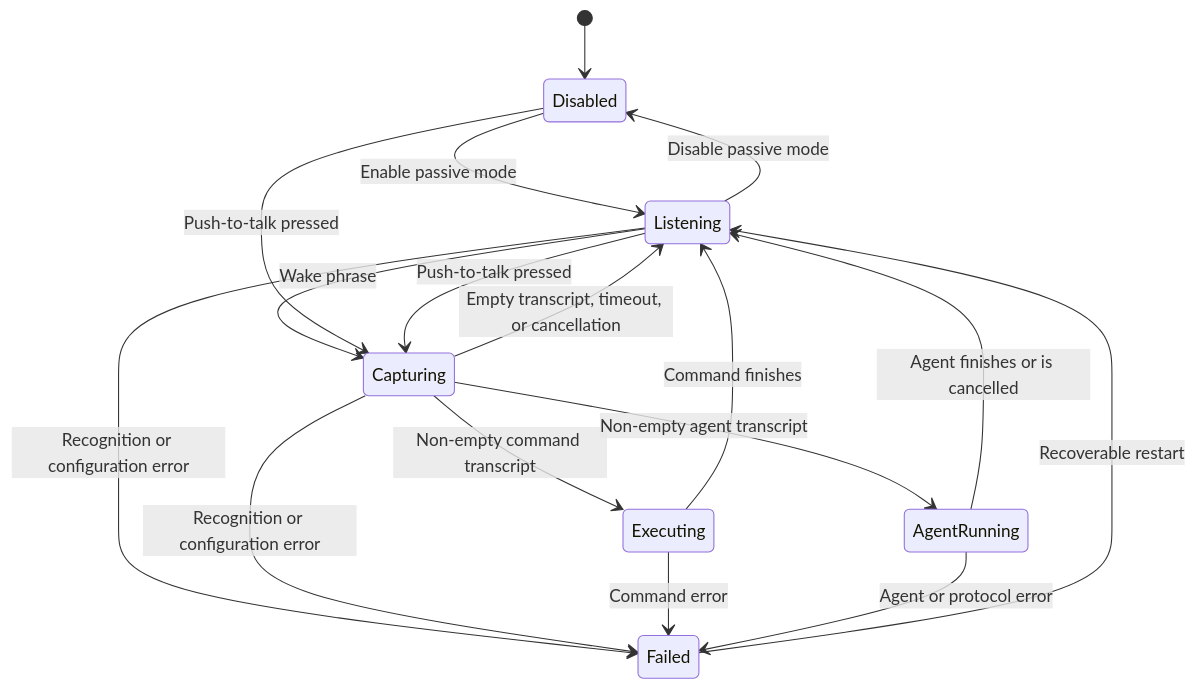
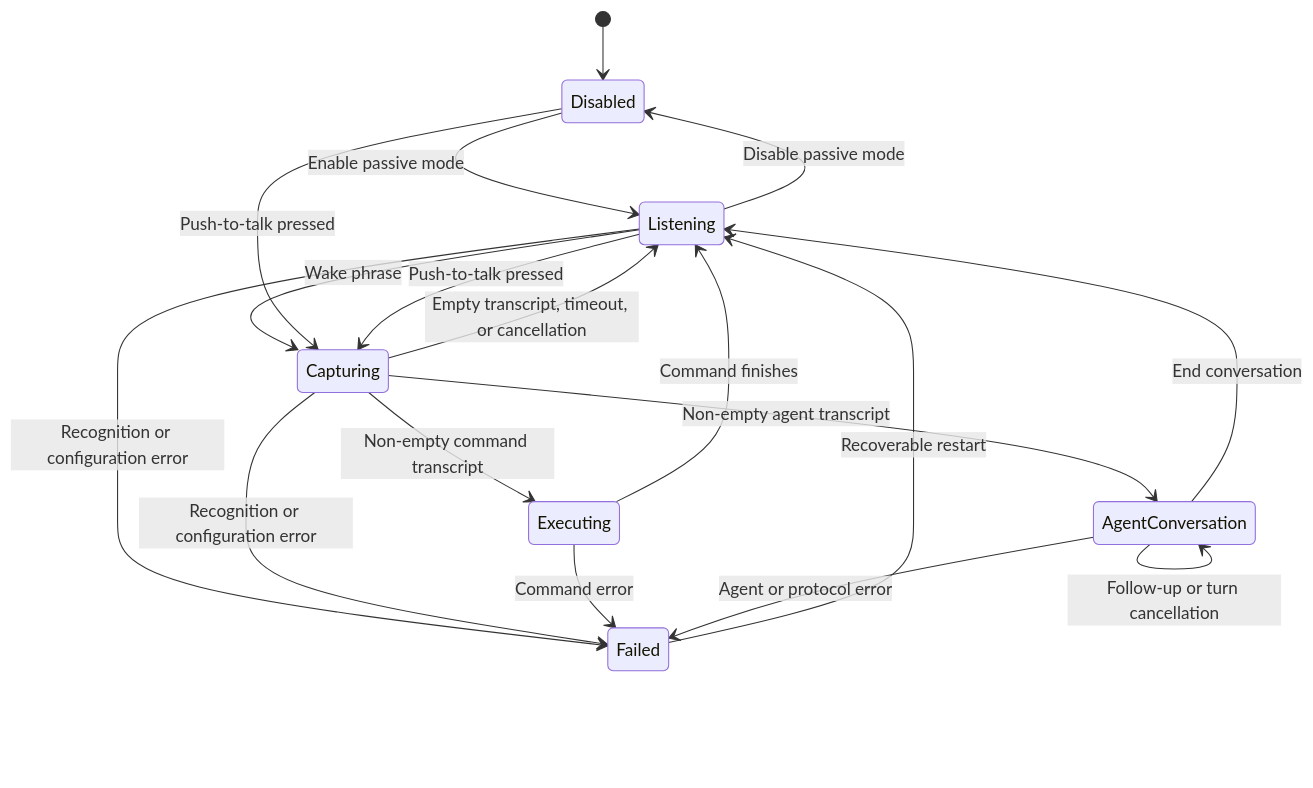
Before and after one commit to pavkam/mac-voice-activation: the diagram in docs/architecture.md, drawn with Mermaid. The commit also changed other lines of this file and 32 other files, not shown here.

````diff
--- a/docs/architecture.md
+++ b/docs/architecture.md
@@ -39,19 +39,21 @@
 ```mermaid
 stateDiagram-v2
     [*] --> Disabled
     Disabled --> Listening: Enable passive mode
     Listening --> Capturing: Wake phrase
     Disabled --> Capturing: Push-to-talk pressed
     Listening --> Capturing: Push-to-talk pressed
     Capturing --> Executing: Non-empty command transcript
-    Capturing --> AgentRunning: Non-empty agent transcript
+    Capturing --> AgentConversation: Non-empty agent transcript
     Capturing --> Listening: Empty transcript, timeout, or cancellation
     Executing --> Listening: Command finishes
-    AgentRunning --> Listening: Agent finishes or is cancelled
+    AgentConversation --> AgentConversation: Agent turn finishes
+    AgentConversation --> AgentConversation: Follow-up or turn cancellation
+    AgentConversation --> Listening: End conversation
     Listening --> Failed: Recognition or configuration error
     Capturing --> Failed: Recognition or configuration error
     Executing --> Failed: Command error
-    AgentRunning --> Failed: Agent or protocol error
+    AgentConversation --> Failed: Agent or protocol error
     Failed --> Listening: Recoverable restart
     Listening --> Disabled: Disable passive mode
 ```
````
